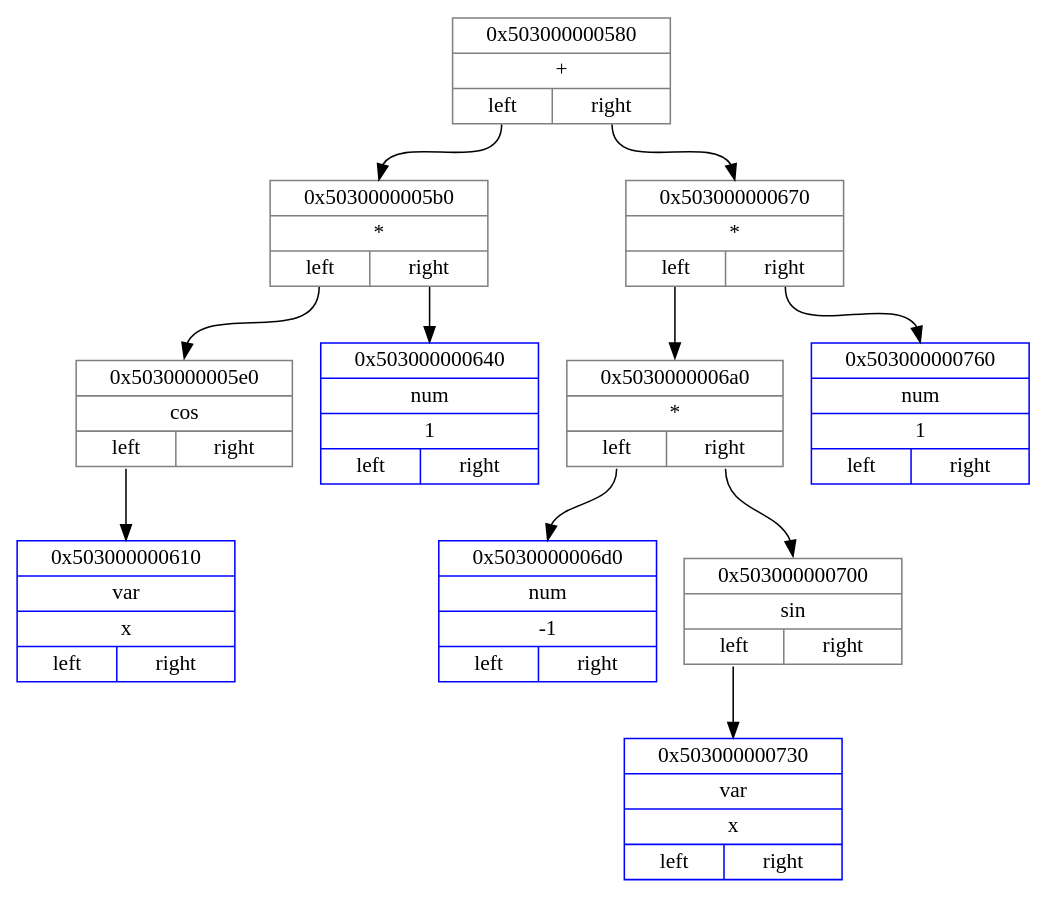
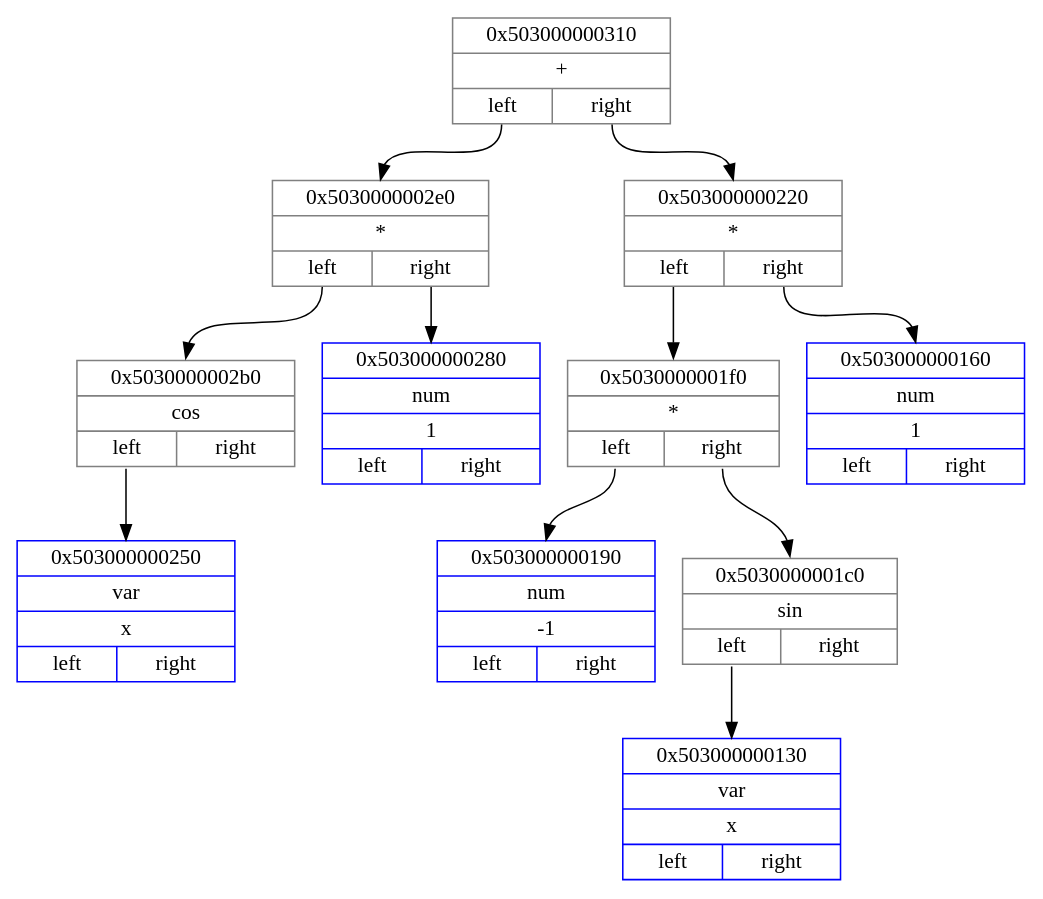
One commit to Matvey787/myProgLanguage changed the diagram in dot_files/test.dot. Above: the diagram before and after it, drawn with Graphviz. The commit also changed 13 other files, not shown here.

```diff
--- a/dot_files/test.dot
+++ b/dot_files/test.dot
@@ -1,26 +1,26 @@
 digraph
 { 
 rankdir=HR;
 
-node0x503000000580 [ shape=record, color = grey rank = 1, label= "{ 0x503000000580 | + |         {<n0x503000000580_l> left | <n0x503000000580_r> right}} " ];
-node0x5030000005b0 [ shape=record, color = grey rank = 2, label= "{ 0x5030000005b0 | * |         {<n0x5030000005b0_l> left | <n0x5030000005b0_r> right}} " ];
-node0x5030000005e0 [ shape=record, color = grey rank = 3, label= "{ 0x5030000005e0 | cos |         {<n0x5030000005e0_l> left | <n0x5030000005e0_r> right}} " ];
-node0x503000000610 [ shape=record, color = blue rank = 4, label= "{ 0x503000000610 | var | x |         {<n0x503000000610_l> left | <n0x503000000610_r> right}} " ];
-node0x5030000005e0:<n0x5030000005e0_l>:s -> node0x503000000610:n [ color = black; ]
-node0x5030000005b0:<n0x5030000005b0_l>:s -> node0x5030000005e0:n [ color = black; ]
-node0x503000000640 [ shape=record, color = blue rank = 4, label= "{ 0x503000000640 | num | 1 |         {<n0x503000000640_l> left | <n0x503000000640_r> right}} " ];
-node0x5030000005b0:<n0x5030000005b0_r>:s -> node0x503000000640:n [ color = black; ]
-node0x503000000580:<n0x503000000580_l>:s -> node0x5030000005b0:n [ color = black; ]
-node0x503000000670 [ shape=record, color = grey rank = 3, label= "{ 0x503000000670 | * |         {<n0x503000000670_l> left | <n0x503000000670_r> right}} " ];
-node0x5030000006a0 [ shape=record, color = grey rank = 4, label= "{ 0x5030000006a0 | * |         {<n0x5030000006a0_l> left | <n0x5030000006a0_r> right}} " ];
-node0x5030000006d0 [ shape=record, color = blue rank = 5, label= "{ 0x5030000006d0 | num | -1 |         {<n0x5030000006d0_l> left | <n0x5030000006d0_r> right}} " ];
-node0x5030000006a0:<n0x5030000006a0_l>:s -> node0x5030000006d0:n [ color = black; ]
-node0x503000000700 [ shape=record, color = grey rank = 6, label= "{ 0x503000000700 | sin |         {<n0x503000000700_l> left | <n0x503000000700_r> right}} " ];
-node0x503000000730 [ shape=record, color = blue rank = 7, label= "{ 0x503000000730 | var | x |         {<n0x503000000730_l> left | <n0x503000000730_r> right}} " ];
-node0x503000000700:<n0x503000000700_l>:s -> node0x503000000730:n [ color = black; ]
-node0x5030000006a0:<n0x5030000006a0_r>:s -> node0x503000000700:n [ color = black; ]
-node0x503000000670:<n0x503000000670_l>:s -> node0x5030000006a0:n [ color = black; ]
-node0x503000000760 [ shape=record, color = blue rank = 5, label= "{ 0x503000000760 | num | 1 |         {<n0x503000000760_l> left | <n0x503000000760_r> right}} " ];
-node0x503000000670:<n0x503000000670_r>:s -> node0x503000000760:n [ color = black; ]
-node0x503000000580:<n0x503000000580_r>:s -> node0x503000000670:n [ color = black; ]
+node0x503000000310 [ shape=record, color = grey rank = 1, label= "{ 0x503000000310 | + |         {<n0x503000000310_l> left | <n0x503000000310_r> right}} " ];
+node0x5030000002e0 [ shape=record, color = grey rank = 2, label= "{ 0x5030000002e0 | * |         {<n0x5030000002e0_l> left | <n0x5030000002e0_r> right}} " ];
+node0x5030000002b0 [ shape=record, color = grey rank = 3, label= "{ 0x5030000002b0 | cos |         {<n0x5030000002b0_l> left | <n0x5030000002b0_r> right}} " ];
+node0x503000000250 [ shape=record, color = blue rank = 4, label= "{ 0x503000000250 | var | x |         {<n0x503000000250_l> left | <n0x503000000250_r> right}} " ];
+node0x5030000002b0:<n0x5030000002b0_l>:s -> node0x503000000250:n [ color = black; ]
+node0x5030000002e0:<n0x5030000002e0_l>:s -> node0x5030000002b0:n [ color = black; ]
+node0x503000000280 [ shape=record, color = blue rank = 4, label= "{ 0x503000000280 | num | 1 |         {<n0x503000000280_l> left | <n0x503000000280_r> right}} " ];
+node0x5030000002e0:<n0x5030000002e0_r>:s -> node0x503000000280:n [ color = black; ]
+node0x503000000310:<n0x503000000310_l>:s -> node0x5030000002e0:n [ color = black; ]
+node0x503000000220 [ shape=record, color = grey rank = 3, label= "{ 0x503000000220 | * |         {<n0x503000000220_l> left | <n0x503000000220_r> right}} " ];
+node0x5030000001f0 [ shape=record, color = grey rank = 4, label= "{ 0x5030000001f0 | * |         {<n0x5030000001f0_l> left | <n0x5030000001f0_r> right}} " ];
+node0x503000000190 [ shape=record, color = blue rank = 5, label= "{ 0x503000000190 | num | -1 |         {<n0x503000000190_l> left | <n0x503000000190_r> right}} " ];
+node0x5030000001f0:<n0x5030000001f0_l>:s -> node0x503000000190:n [ color = black; ]
+node0x5030000001c0 [ shape=record, color = grey rank = 6, label= "{ 0x5030000001c0 | sin |         {<n0x5030000001c0_l> left | <n0x5030000001c0_r> right}} " ];
+node0x503000000130 [ shape=record, color = blue rank = 7, label= "{ 0x503000000130 | var | x |         {<n0x503000000130_l> left | <n0x503000000130_r> right}} " ];
+node0x5030000001c0:<n0x5030000001c0_l>:s -> node0x503000000130:n [ color = black; ]
+node0x5030000001f0:<n0x5030000001f0_r>:s -> node0x5030000001c0:n [ color = black; ]
+node0x503000000220:<n0x503000000220_l>:s -> node0x5030000001f0:n [ color = black; ]
+node0x503000000160 [ shape=record, color = blue rank = 5, label= "{ 0x503000000160 | num | 1 |         {<n0x503000000160_l> left | <n0x503000000160_r> right}} " ];
+node0x503000000220:<n0x503000000220_r>:s -> node0x503000000160:n [ color = black; ]
+node0x503000000310:<n0x503000000310_r>:s -> node0x503000000220:n [ color = black; ]
 }
```
